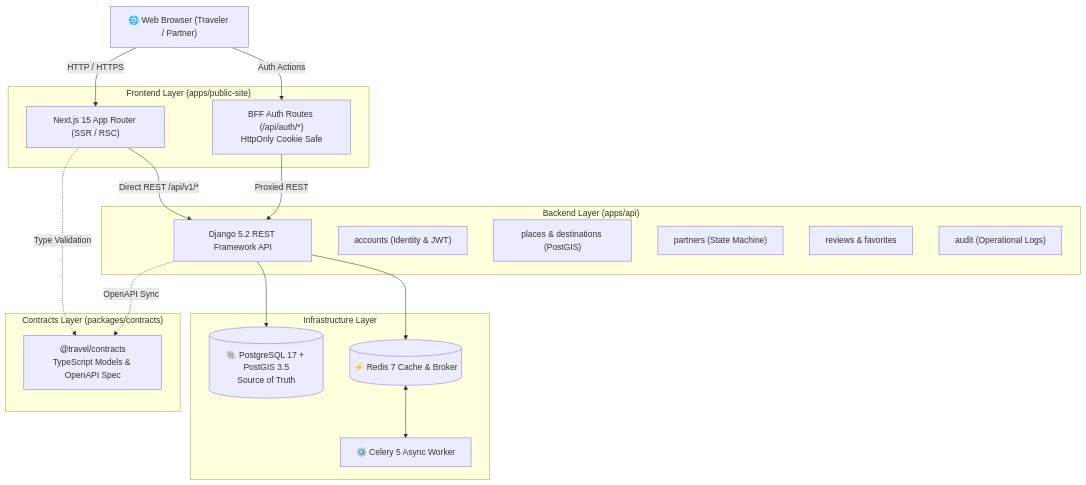
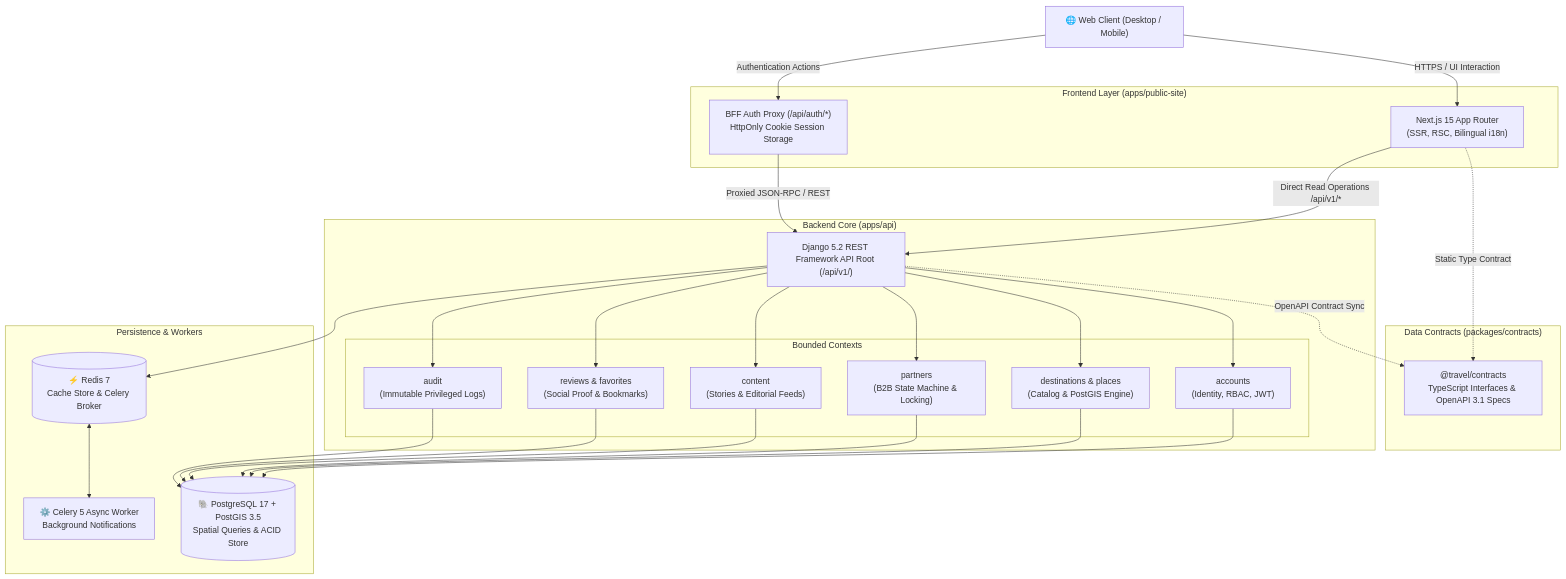
One commit to STAR-Trevaling/Website-Traveling changed the diagram in README.md. Above: the diagram before and after it, drawn with Mermaid. The commit also changed other lines of this file, not shown here.

````diff
--- a/README.md
+++ b/README.md
@@ -42,38 +60,42 @@
 ```mermaid
 graph TD
-    Client["🌐 Web Browser (Traveler / Partner)"]
-    
+    Client["🌐 Web Client (Desktop / Mobile)"]
+
     subgraph "Frontend Layer (apps/public-site)"
-        NextWeb["Next.js 15 App Router (SSR / RSC)"]
-        BFF["BFF Auth Routes (/api/auth/*)<br/>HttpOnly Cookie Safe"]
-    end
-    
-    subgraph "Contracts Layer (packages/contracts)"
-        Contracts["@travel/contracts<br/>TypeScript Models & OpenAPI Spec"]
-    end
-    
-    subgraph "Backend Layer (apps/api)"
-        DRF["Django 5.2 REST Framework API"]
-        AuthCtx["accounts (Identity & JWT)"]
-        GeoCtx["places & destinations (PostGIS)"]
-        PartnerCtx["partners (State Machine)"]
-        ReviewCtx["reviews & favorites"]
-        AuditCtx["audit (Operational Logs)"]
-    end
-    
-    subgraph "Infrastructure Layer"
-        Postgres[("🐘 PostgreSQL 17 + PostGIS 3.5<br/>Source of Truth")]
-        Redis[("⚡ Redis 7 Cache & Broker")]
-        CeleryWorker["⚙️ Celery 5 Async Worker"]
+        NextWeb["Next.js 15 App Router<br/>(SSR, RSC, Bilingual i18n)"]
+        BFF["BFF Auth Proxy (/api/auth/*)<br/>HttpOnly Cookie Session Storage"]
     end
 
-    Client -->|HTTP / HTTPS| NextWeb
-    Client -->|Auth Actions| BFF
-    BFF -->|Proxied REST| DRF
-    NextWeb -.->|Type Validation| Contracts
-    DRF -.->|OpenAPI Sync| Contracts
-    NextWeb -->|Direct REST /api/v1/*| DRF
-    DRF --> Postgres
+    subgraph "Data Contracts (packages/contracts)"
+        Contracts["@travel/contracts<br/>TypeScript Interfaces & OpenAPI 3.1 Specs"]
+    end
+
+    subgraph "Backend Core (apps/api)"
+        DRF["Django 5.2 REST Framework API Root (/api/v1/)"]
+        subgraph "Bounded Contexts"
+            AccountsCtx["accounts<br/>(Identity, RBAC, JWT)"]
+            DestCtx["destinations & places<br/>(Catalog & PostGIS Engine)"]
+            PartnerCtx["partners<br/>(B2B State Machine & Locking)"]
+            ContentCtx["content<br/>(Stories & Editorial Feeds)"]
+            ReviewCtx["reviews & favorites<br/>(Social Proof & Bookmarks)"]
+            AuditCtx["audit<br/>(Immutable Privileged Logs)"]
+        end
+    end
+
+    subgraph "Persistence & Workers"
+        Postgres[("🐘 PostgreSQL 17 + PostGIS 3.5<br/>Spatial Queries & ACID Store")]
+        Redis[("⚡ Redis 7<br/>Cache Store & Celery Broker")]
+        CeleryWorker["⚙️ Celery 5 Async Worker<br/>Background Notifications"]
+    end
+
+    Client -->|HTTPS / UI Interaction| NextWeb
+    Client -->|Authentication Actions| BFF
+    BFF -->|Proxied JSON-RPC / REST| DRF
+    NextWeb -.->|Static Type Contract| Contracts
+    DRF -.->|OpenAPI Contract Sync| Contracts
+    NextWeb -->|Direct Read Operations /api/v1/*| DRF
+    DRF --> AccountsCtx & DestCtx & PartnerCtx & ContentCtx & ReviewCtx & AuditCtx
+    AccountsCtx & DestCtx & PartnerCtx & ContentCtx & ReviewCtx & AuditCtx --> Postgres
     DRF --> Redis
     Redis <--> CeleryWorker
 ```
````
